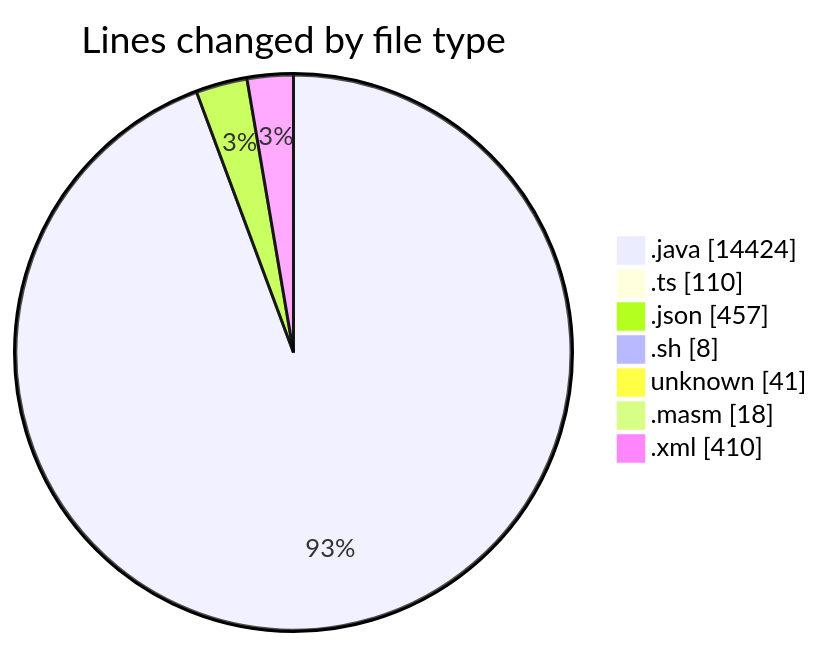
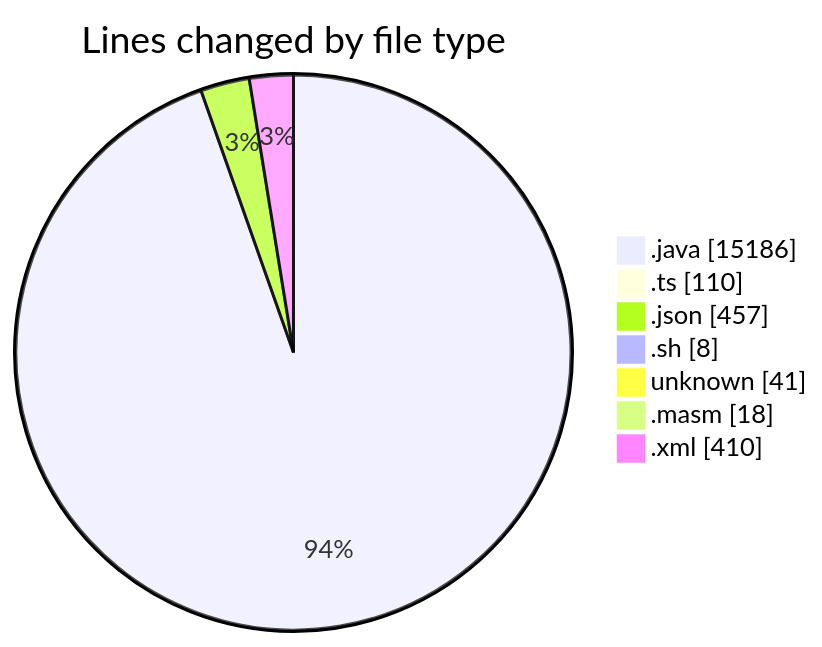
One commit to charlie-sans/code-tracking changed the first of 2 diagrams in 2025-02-20/micros/README.md. Above: the diagram before and after it, drawn with Mermaid. The commit also changed other lines of this file and 1 other file, not shown here.

````diff
--- a/2025-02-20/micros/README.md
+++ b/2025-02-20/micros/README.md
@@ -67,11 +69,11 @@
 ```mermaid
 pie showData
 title Lines changed by file type
-".java" : 14424
+".java" : 15186
 ".ts" : 110
 ".json" : 457
 ".sh" : 8
 "unknown" : 41
 ".masm" : 18
 ".xml" : 410
 ```
````
